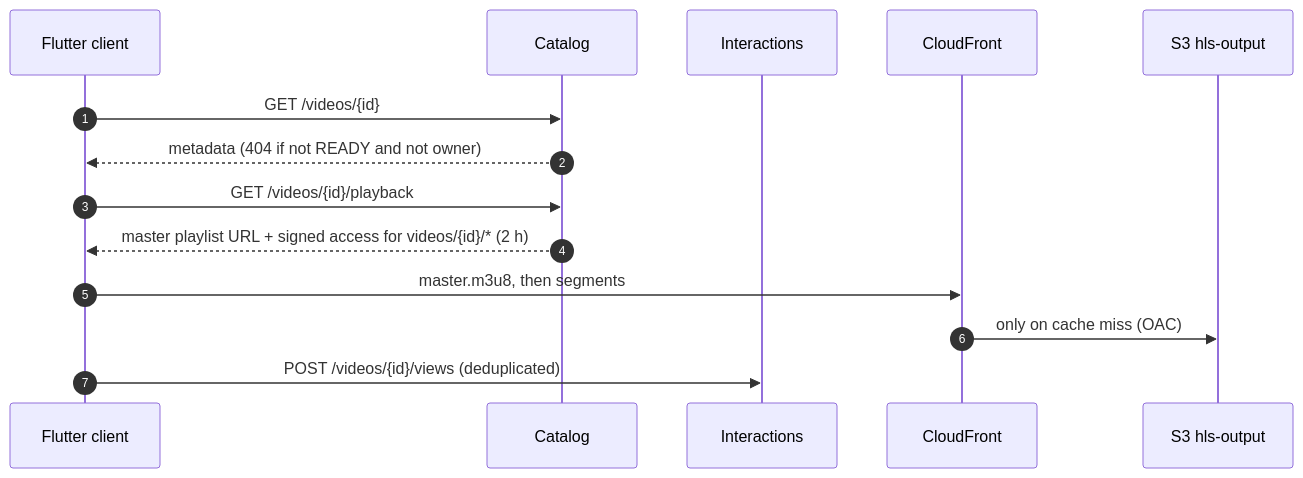
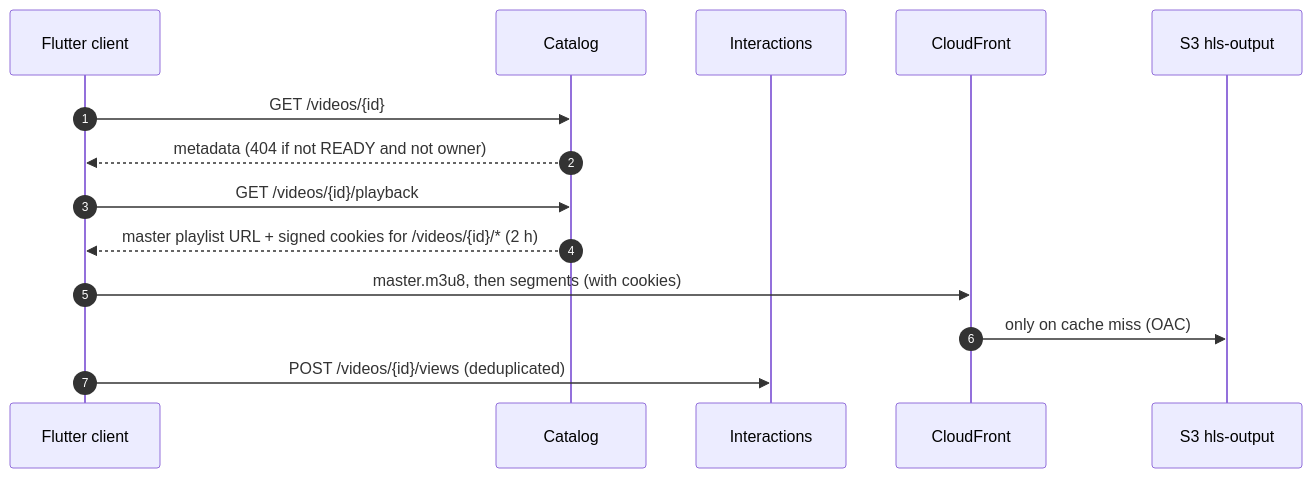
The second of 3 diagrams in docs/design-description/architecture-and-components.md (MyCilinder/MyCilinder-Backend), drawn with Mermaid before and after one commit. The commit also changed other lines of this file and 7 other files, not shown here.

````diff
--- a/docs/design-description/architecture-and-components.md
+++ b/docs/design-description/architecture-and-components.md
@@ -80,16 +94,16 @@
 ```mermaid
 sequenceDiagram
   autonumber
   participant C as Flutter client
   participant K as Catalog
   participant I as Interactions
   participant CF as CloudFront
   participant H as S3 hls-output
   C->>K: GET /videos/{id}
   K-->>C: metadata (404 if not READY and not owner)
   C->>K: GET /videos/{id}/playback
-  K-->>C: master playlist URL + signed access for videos/{id}/* (2 h)
-  C->>CF: master.m3u8, then segments
+  K-->>C: master playlist URL + signed cookies for /videos/{id}/* (2 h)
+  C->>CF: master.m3u8, then segments (with cookies)
   CF->>H: only on cache miss (OAC)
   C->>I: POST /videos/{id}/views (deduplicated)
 ```
````
